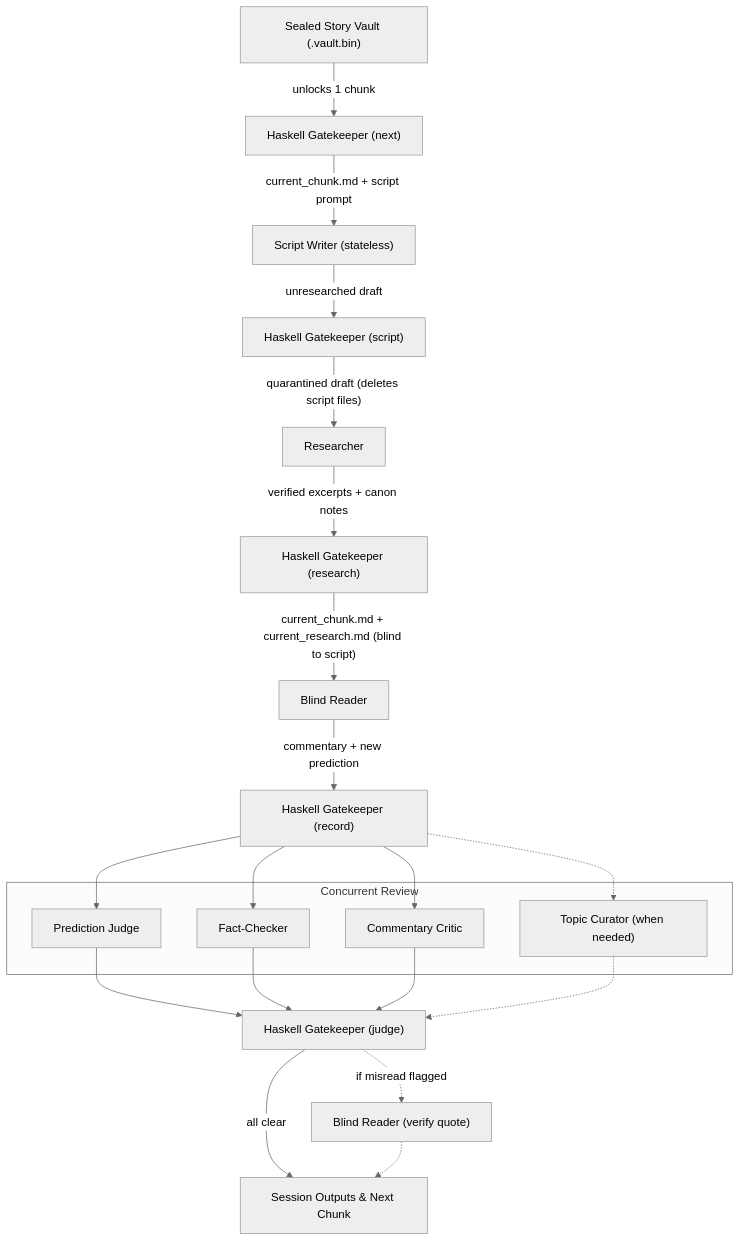
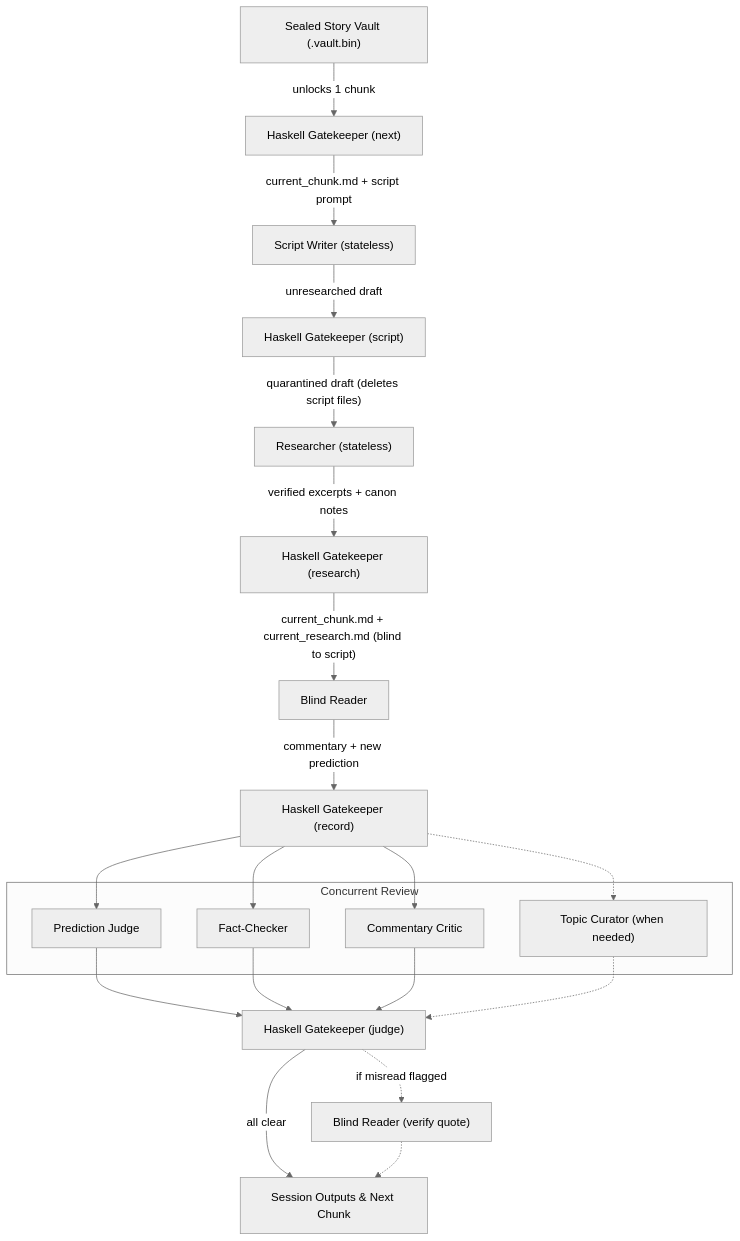
The diagram in README.md (chungyc/agent-lets-read), drawn with Mermaid (neutral theme) before and after one commit. The commit also changed 10 other files, not shown here.

Commit message:
Make script writer and researcher workflow more robust.

````diff
--- a/README.md
+++ b/README.md
@@ -111,31 +111,31 @@
 ```mermaid
 flowchart TD
     V["Sealed Story Vault (.vault.bin)"] -->|"unlocks 1 chunk"| GK1["Haskell Gatekeeper (next)"]
     GK1 -->|"current_chunk.md + script prompt"| SW["Script Writer (stateless)"]
     SW -->|"unresearched draft"| GK_S["Haskell Gatekeeper (script)"]
-    GK_S -->|"quarantined draft (deletes script files)"| RES["Researcher"]
+    GK_S -->|"quarantined draft (deletes script files)"| RES["Researcher (stateless)"]
     RES -->|"verified excerpts + canon notes"| GK_R["Haskell Gatekeeper (research)"]
     GK_R -->|"current_chunk.md + current_research.md (blind to script)"| BR["Blind Reader"]
     BR -->|"commentary + new prediction"| GK2["Haskell Gatekeeper (record)"]
 
     subgraph Concurrent["Concurrent Review"]
         PJ["Prediction Judge"]
         FC["Fact-Checker"]
         CC["Commentary Critic"]
         TC["Topic Curator (when needed)"]
     end
 
     GK2 --> PJ
     GK2 --> FC
     GK2 --> CC
     GK2 -.-> TC
 
     PJ --> GK3["Haskell Gatekeeper (judge)"]
     FC --> GK3
     CC --> GK3
     TC -.-> GK3
 
     GK3 -->|"all clear"| Next["Session Outputs & Next Chunk"]
     GK3 -.->|"if misread flagged"| Discuss["Blind Reader (verify quote)"]
     Discuss -.-> Next
 ```
````
